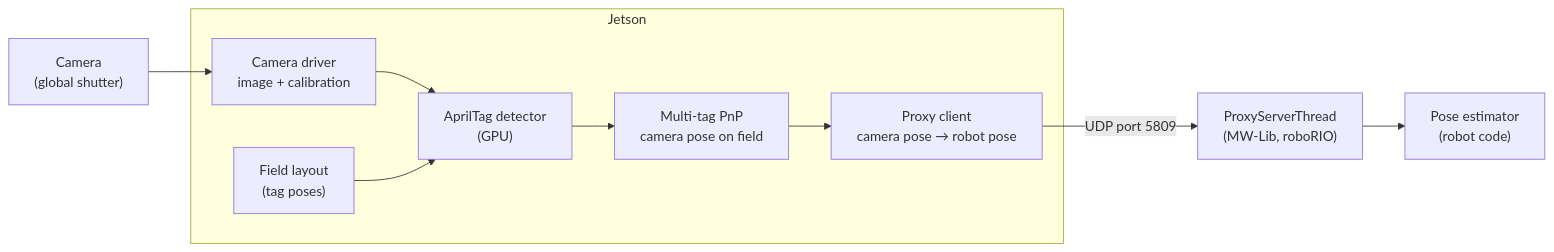
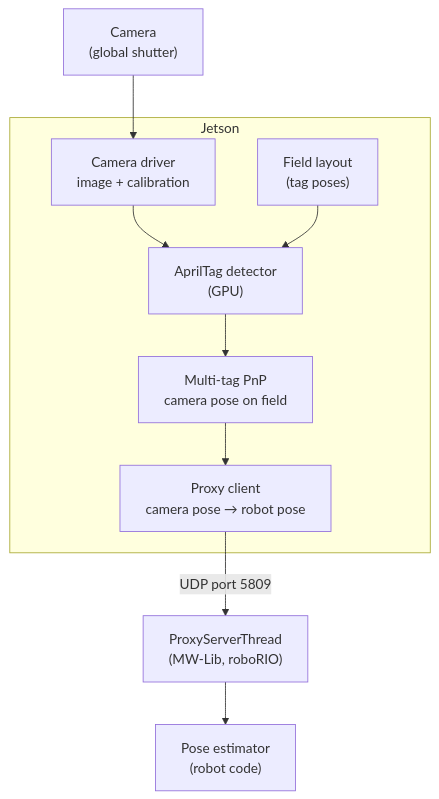
Before and after one commit to FRC-Team-4143/FRC-Team-4143.github.io: the diagram in docs/software/vision/pipeline.mdx, drawn with Mermaid.

Commit message:
Draw the vision pipeline diagram top to bottom so it's readable
Claude-Session: https://claude.ai/code/session_01CEAFn8YVC8qRbVCFwJFrYG

````diff
--- a/docs/software/vision/pipeline.mdx
+++ b/docs/software/vision/pipeline.mdx
@@ -22,17 +22,17 @@
 ```mermaid
-flowchart LR
+flowchart TB
     cam["Camera<br/>(global shutter)"] --> driver["Camera driver<br/>image + calibration"]
     driver --> det["AprilTag detector<br/>(GPU)"]
     map["Field layout<br/>(tag poses)"] --> det
     det --> pnp["Multi-tag PnP<br/>camera pose on field"]
     pnp --> proxy["Proxy client<br/>camera pose → robot pose"]
     proxy -- "UDP port 5809" --> rio["ProxyServerThread<br/>(MW-Lib, roboRIO)"]
     rio --> est["Pose estimator<br/>(robot code)"]
     subgraph Jetson
         driver
         det
         map
         pnp
         proxy
     end
 ```
````
